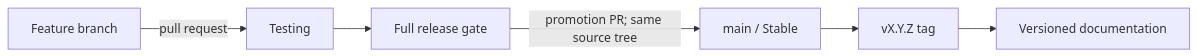
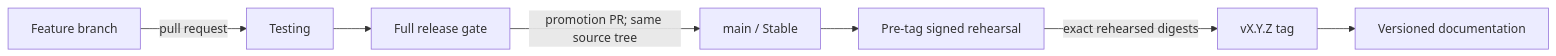
One commit to ARYDESTROYER/Agentic-Kibana changed the diagram in docs/releases/channels.md. Above: the diagram before and after it, drawn with Mermaid. The commit also changed other lines of this file and 8 other files, not shown here.

````diff
--- a/docs/releases/channels.md
+++ b/docs/releases/channels.md
@@ -28,8 +28,9 @@
 ```mermaid
 flowchart LR
   F["Feature branch"] -->|pull request| T["Testing"]
   T --> G["Full release gate"]
   G -->|promotion PR; same source tree| M["main / Stable"]
-  M --> V["vX.Y.Z tag"]
+  M --> R["Pre-tag signed rehearsal"]
+  R -->|exact rehearsed digests| V["vX.Y.Z tag"]
   V --> D["Versioned documentation"]
 ```
````
